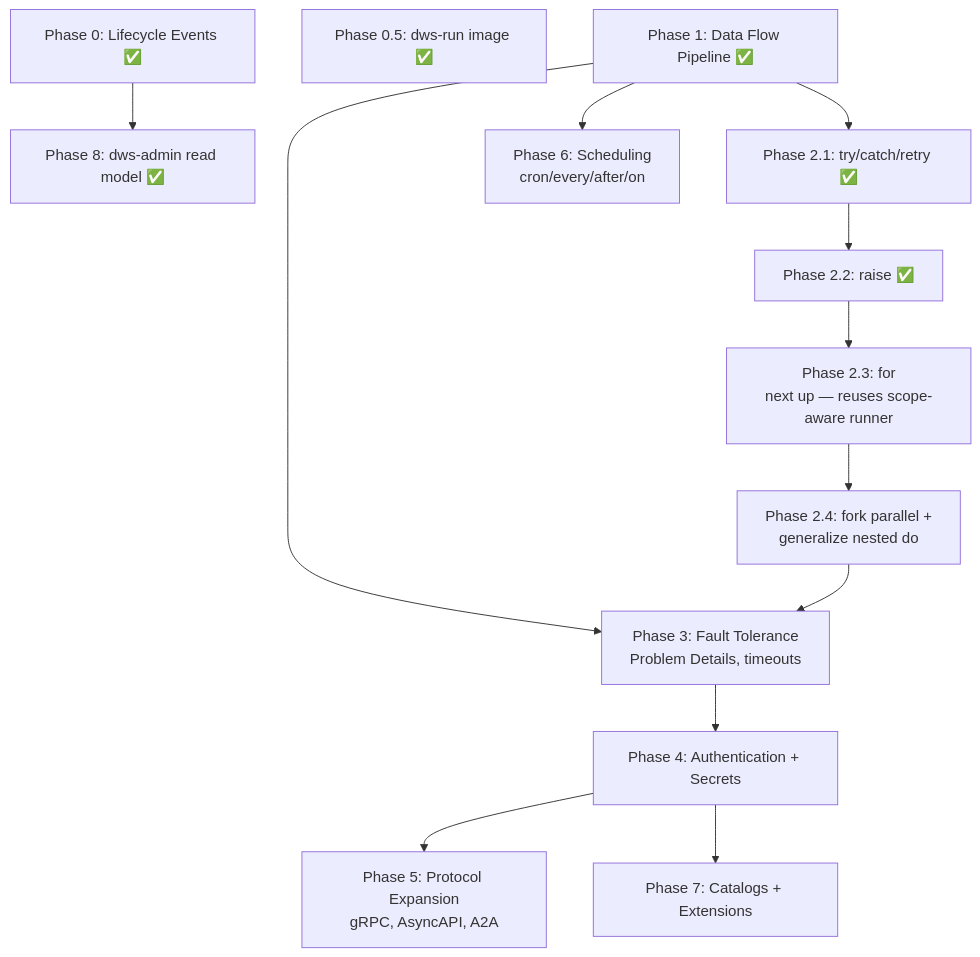
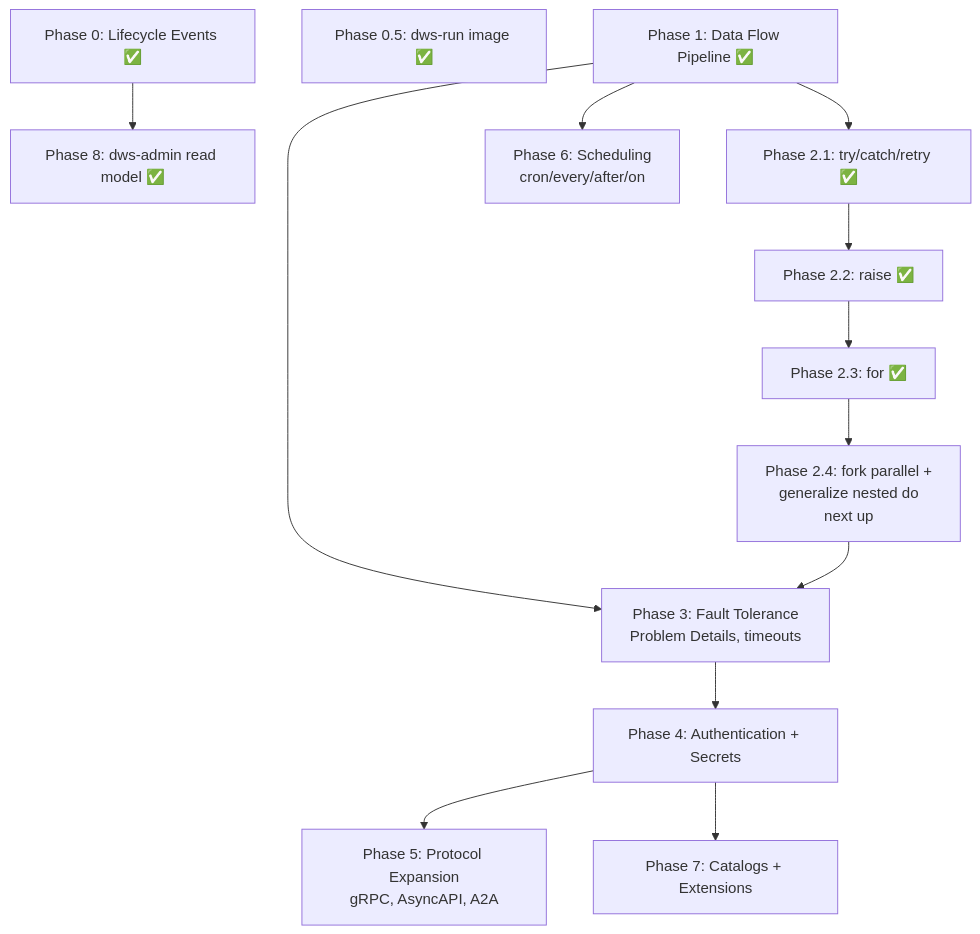
Before and after one commit to tonylibs/dapr-workflow-spec: the diagram in docs/roadmaps/openworkflow-features.md, drawn with Mermaid. The commit also changed other lines of this file and 13 other files, not shown here.

````diff
--- a/docs/roadmaps/openworkflow-features.md
+++ b/docs/roadmaps/openworkflow-features.md
@@ -47,15 +47,15 @@
 ```mermaid
 flowchart TD
   P0[Phase 0: Lifecycle Events ✅] --> P8[Phase 8: dws-admin read model ✅]
   P05[Phase 0.5: dws-run image ✅]
   P1[Phase 1: Data Flow Pipeline ✅] --> P2a[Phase 2.1: try/catch/retry ✅]
   P2a --> P2b[Phase 2.2: raise ✅]
-  P2b --> P2c[Phase 2.3: for<br/>next up — reuses scope-aware runner]
-  P2c --> P2d[Phase 2.4: fork parallel +<br/>generalize nested do]
+  P2b --> P2c[Phase 2.3: for ✅]
+  P2c --> P2d[Phase 2.4: fork parallel +<br/>generalize nested do<br/>next up]
   P1 --> P3[Phase 3: Fault Tolerance<br/>Problem Details, timeouts]
   P2d --> P3
   P3 --> P4[Phase 4: Authentication + Secrets]
   P4 --> P5[Phase 5: Protocol Expansion<br/>gRPC, AsyncAPI, A2A]
   P1 --> P6[Phase 6: Scheduling<br/>cron/every/after/on]
   P4 --> P7[Phase 7: Catalogs + Extensions]
 ```
````
